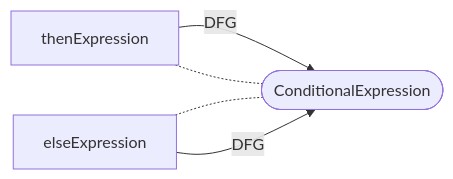
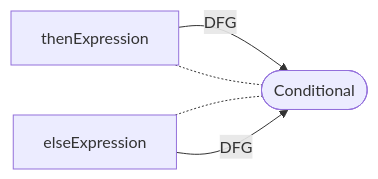
Diagram 14 of 40 in docs/docs/CPG/specs/dfg.md (Fraunhofer-AISEC/cpg), drawn with Mermaid before and after one commit. The commit also changed other lines of this file and 403 other files, not shown here.

````diff
--- a/docs/docs/CPG/specs/dfg.md
+++ b/docs/docs/CPG/specs/dfg.md
@@ -269,7 +269,7 @@
   ```mermaid
   flowchart LR
-    thenExpression -- DFG --> node([ConditionalExpression]);
+    thenExpression -- DFG --> node([Conditional]);
     thenExpression -.- node;
     elseExpression -.- node;
     elseExpression -- DFG --> node;
   ```
````
